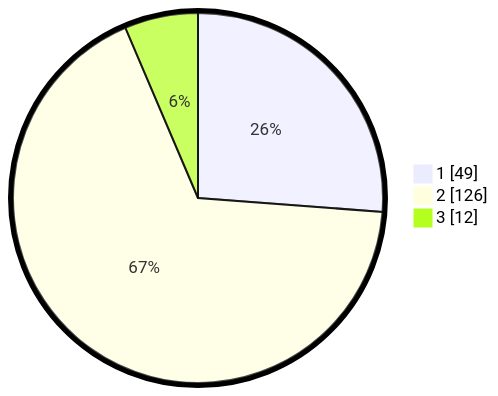
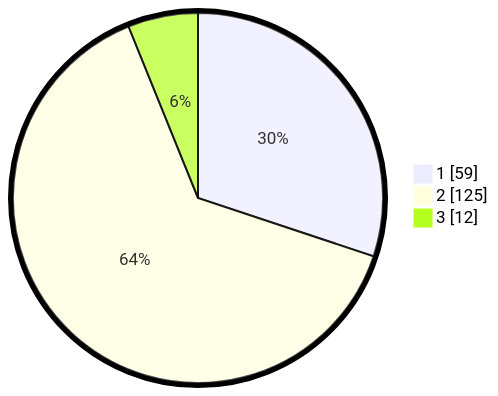
One commit to gigit-pemilu/pemilu-2024-52-nusa-tenggara-barat changed the second of 2 diagrams in pilpres/hitung-suara/sub/52-nusa-tenggara-barat/sub/01-lombok-barat/sub/03-narmada/sub/2018-golong/sub/003-tps/README.md. Above: the diagram before and after it, drawn with Mermaid. The commit also changed other lines of this file and 721 other files, not shown here.

````diff
--- a/pilpres/hitung-suara/sub/52-nusa-tenggara-barat/sub/01-lombok-barat/sub/03-narmada/sub/2018-golong/sub/003-tps/README.md
+++ b/pilpres/hitung-suara/sub/52-nusa-tenggara-barat/sub/01-lombok-barat/sub/03-narmada/sub/2018-golong/sub/003-tps/README.md
@@ -13,7 +13,7 @@
 ```mermaid
 %%{init: {"pie": {"textPosition": 0.5}, "themeVariables": {"pieOuterStrokeWidth": "5px"}} }%%
 pie showData
-    "1" : 49
-    "2" : 126
+    "1" : 59
+    "2" : 125
     "3" : 12
 ```
````
